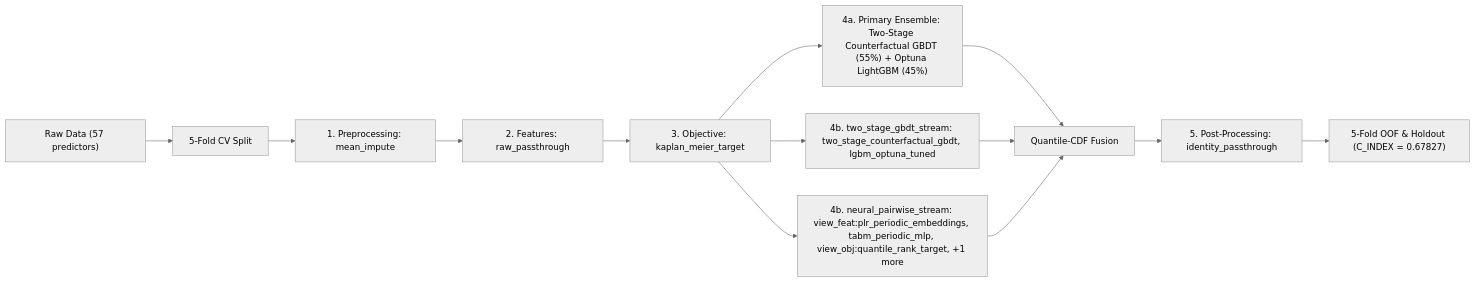
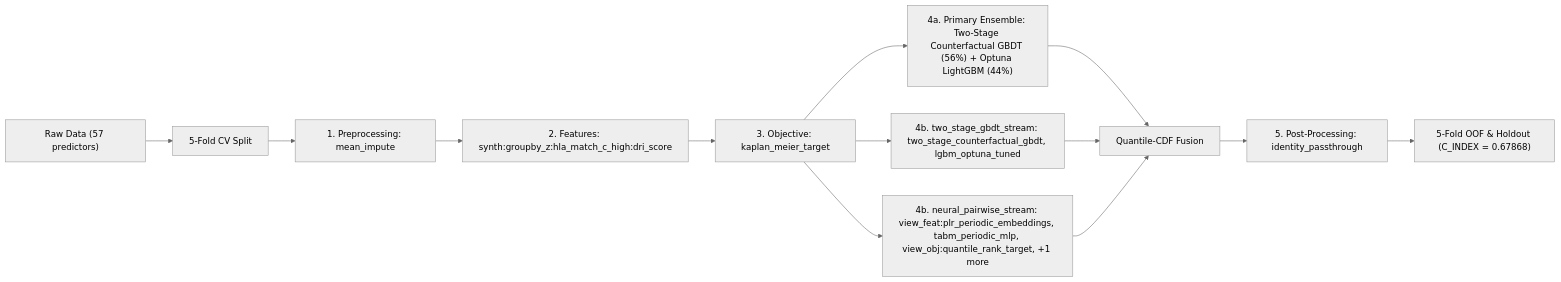
The diagram in README.md (stefanoclss/CIBMTR-Equity-in-Post-HCT-Survival-Predictions), drawn with Mermaid (neutral theme) before and after one commit. The commit also changed other lines of this file, not shown here.

First line of the commit message:
docs(readme): refresh verified OOF benchmark & build ledger (C_INDEX=0.67868)

````diff
--- a/README.md
+++ b/README.md
@@ -71,15 +72,15 @@
 ```mermaid
 flowchart LR
     DATA["Raw Data (57 predictors)"] --> SPLIT["5-Fold CV Split"]
     SPLIT --> PRE["1. Preprocessing: mean_impute"]
-    PRE --> FEAT["2. Features: raw_passthrough"]
+    PRE --> FEAT["2. Features: synth:groupby_z:hla_match_c_high:dri_score"]
     FEAT --> OBJ["3. Objective: kaplan_meier_target"]
-    OBJ --> M0["4a. Primary Ensemble: Two-Stage Counterfactual GBDT (55%) + Optuna LightGBM (45%)"]
+    OBJ --> M0["4a. Primary Ensemble: Two-Stage Counterfactual GBDT (56%) + Optuna LightGBM (44%)"]
     M0 --> FUSE["Quantile-CDF Fusion"]
     OBJ --> S1["4b. two_stage_gbdt_stream: two_stage_counterfactual_gbdt, lgbm_optuna_tuned"]
     S1 --> FUSE
     OBJ --> S2["4b. neural_pairwise_stream: view_feat:plr_periodic_embeddings, tabm_periodic_mlp, view_obj:quantile_rank_target, +1 more"]
     S2 --> FUSE
     FUSE --> POST["5. Post-Processing: identity_passthrough"]
-    POST --> OUT["5-Fold OOF & Holdout (C_INDEX = 0.67827)"]
+    POST --> OUT["5-Fold OOF & Holdout (C_INDEX = 0.67868)"]
 ```
````
